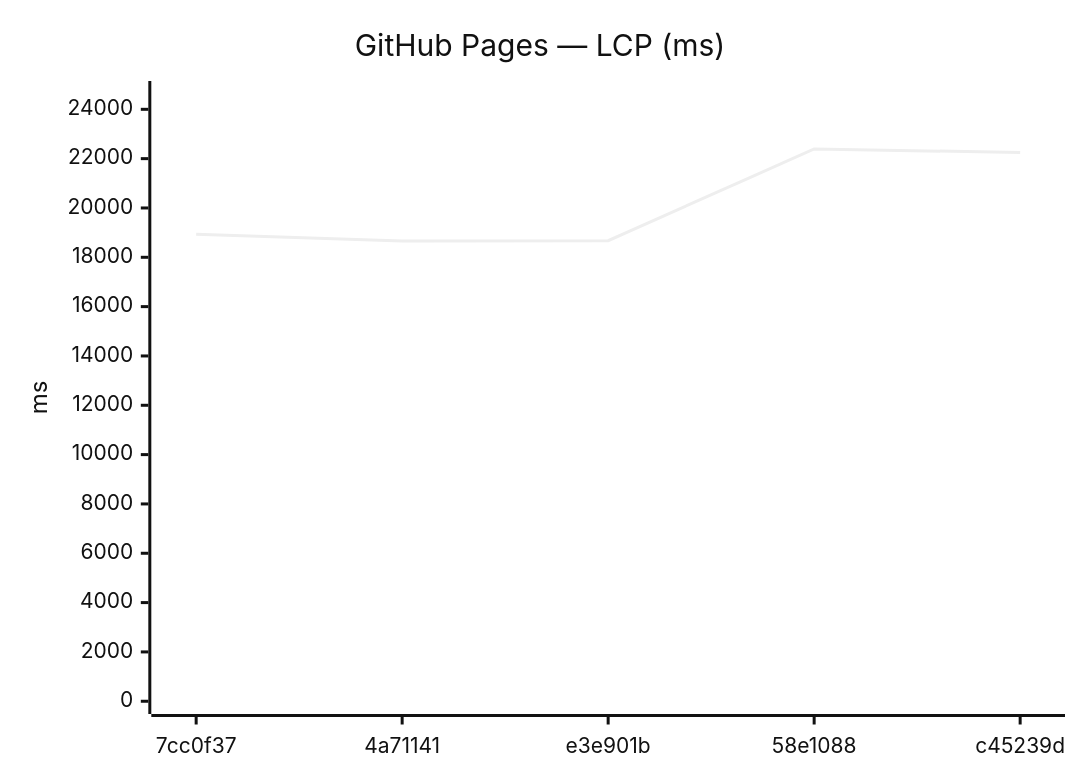
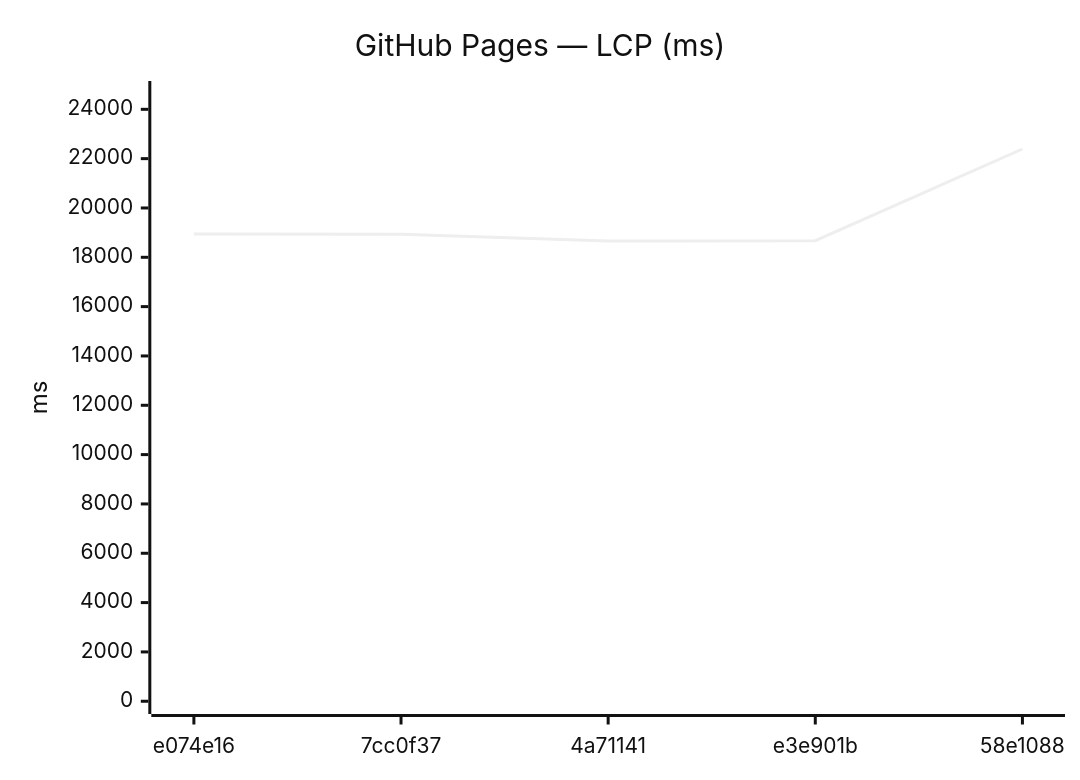
One commit to Metaheurist/Rianell changed the ninth of 18 diagrams in benchmarks/compare.md. Above: the diagram before and after it, drawn with Mermaid (neutral theme). The commit also changed other lines of this file and 11 other files, not shown here.

````diff
--- a/benchmarks/compare.md
+++ b/benchmarks/compare.md
@@ -142,7 +142,7 @@
 ```mermaid
 xychart-beta
     title "GitHub Pages — LCP (ms)"
-    x-axis ["7cc0f37", "4a71141", "e3e901b", "58e1088", "c45239d"]
+    x-axis ["e074e16", "7cc0f37", "4a71141", "e3e901b", "58e1088"]
     y-axis "ms" 0 --> 24631
-    line [18936, 18660, 18674, 22391, 22250]
+    line [18940, 18936, 18660, 18674, 22391]
 ```
````
